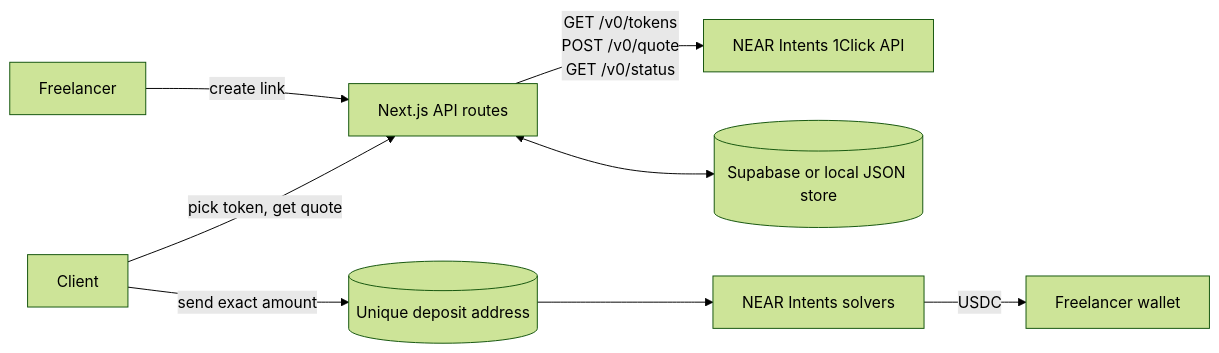
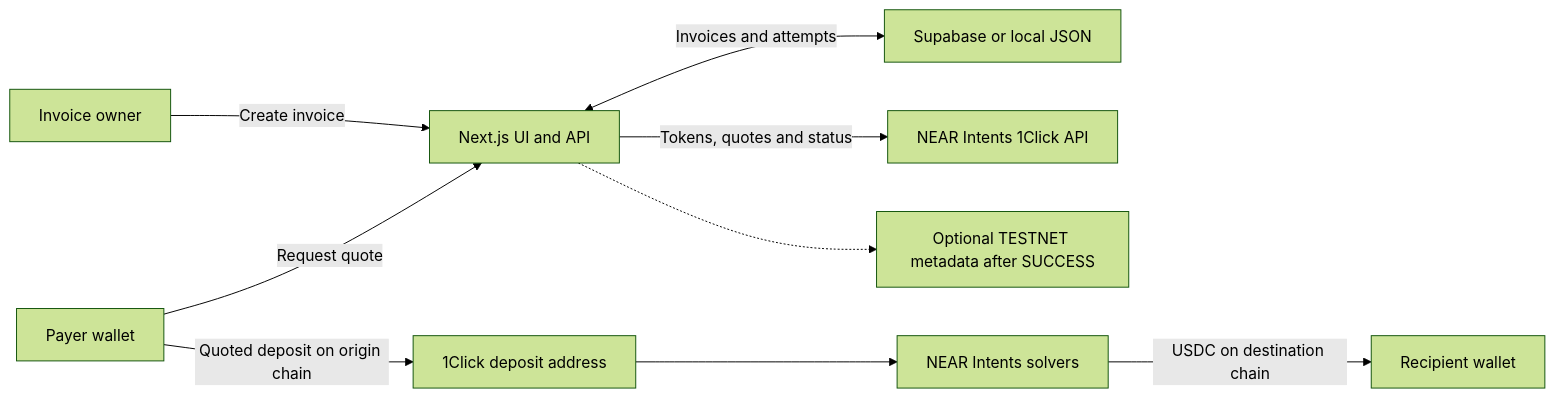
Before and after one commit to faze39/payday: the diagram in README.md, drawn with Mermaid (forest theme). The commit also changed other lines of this file and 5 other files, not shown here.

Commit message:
Document Payday architecture, setup and verified payment evidence

````diff
--- a/README.md
+++ b/README.md
@@ -18,9 +46,11 @@
 ```mermaid
 flowchart LR
-  F[Freelancer] -->|create link| API[Next.js API routes]
-  C[Client] -->|pick token, get quote| API
-  API -->|GET /v0/tokens<br/>POST /v0/quote<br/>GET /v0/status| OC[NEAR Intents 1Click API]
-  C -->|send exact amount| DA[(Unique deposit address)]
-  DA --> NI[NEAR Intents solvers] -->|USDC| W[Freelancer wallet]
-  API <--> DB[(Supabase or local JSON store)]
+  OWNER["Invoice owner"] -->|Create invoice| APP["Next.js UI and API"]
+  PAYER["Payer wallet"] -->|Request quote| APP
+  APP <-->|Invoices and attempts| STORE["Supabase or local JSON"]
+  APP -->|Tokens, quotes and status| CLICK["NEAR Intents 1Click API"]
+  PAYER -->|Quoted deposit on origin chain| DEPOSIT["1Click deposit address"]
+  DEPOSIT --> SOLVERS["NEAR Intents solvers"]
+  SOLVERS -->|USDC on destination chain| RECIPIENT["Recipient wallet"]
+  APP -.-> REGISTRY["Optional TESTNET metadata after SUCCESS"]
 ```
````
